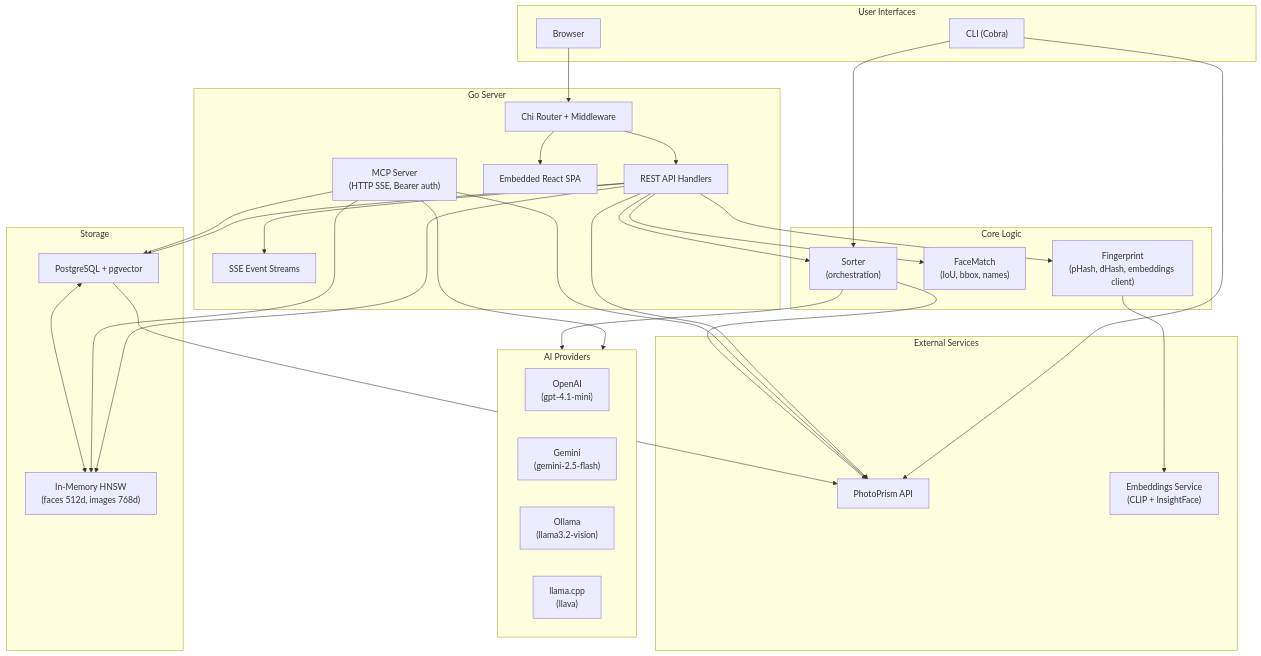
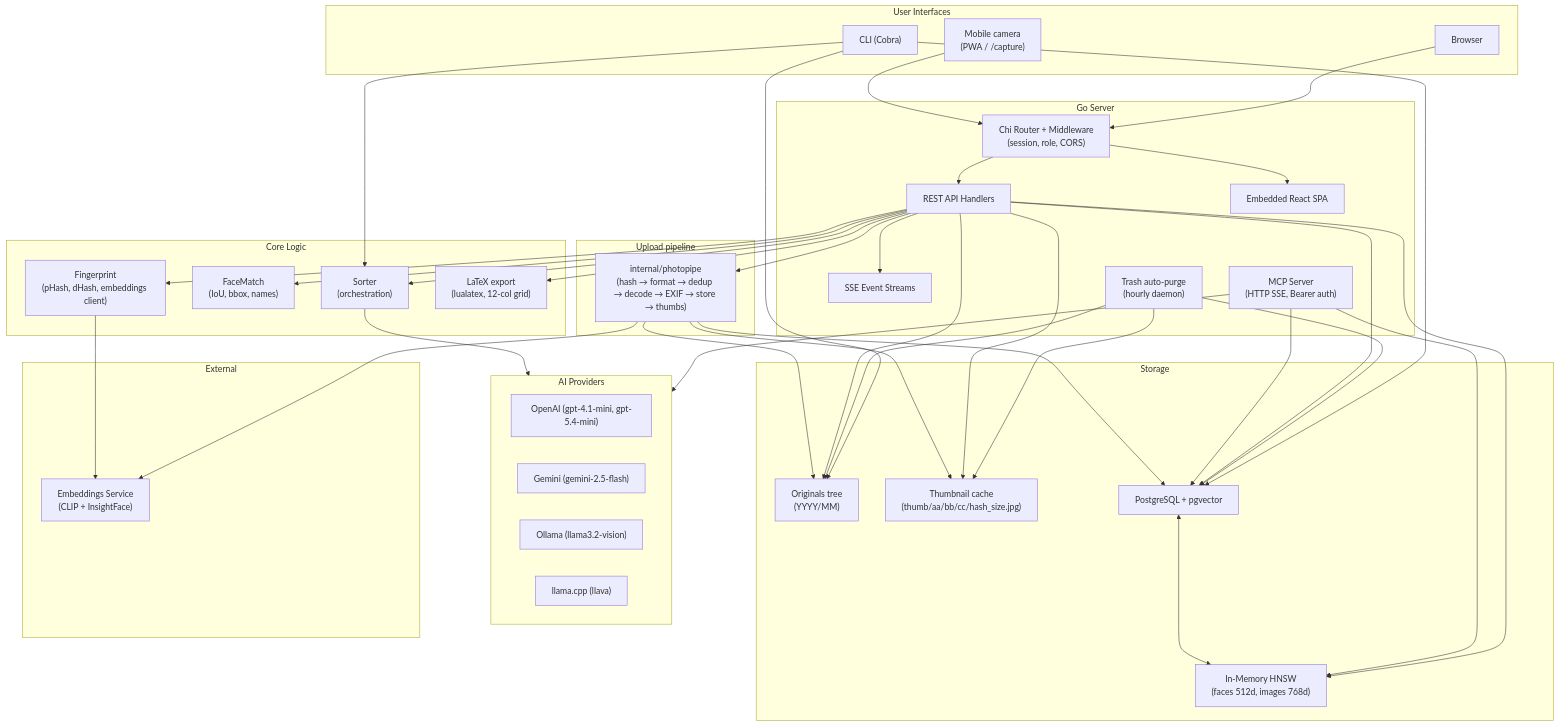
The diagram in docs/architecture.md (kozaktomas/photo-sorter), drawn with Mermaid before and after one commit. The commit also changed other lines of this file and 10 other files, not shown here.

First line of the commit message:
docs: sweep PhotoPrism references for native photo management

````diff
--- a/docs/architecture.md
+++ b/docs/architecture.md
@@ -11,64 +11,82 @@
     subgraph User["User Interfaces"]
         CLI["CLI (Cobra)"]
         Browser["Browser"]
+        Mobile["Mobile camera<br/>(PWA / /capture)"]
     end
 
     subgraph Server["Go Server"]
-        Router["Chi Router + Middleware"]
+        Router["Chi Router + Middleware<br/>(session, role, CORS)"]
         Handlers["REST API Handlers"]
         SSE["SSE Event Streams"]
         SPA["Embedded React SPA"]
-        MCP["MCP Server\n(HTTP SSE, Bearer auth)"]
+        MCP["MCP Server<br/>(HTTP SSE, Bearer auth)"]
+        TrashD["Trash auto-purge<br/>(hourly daemon)"]
+    end
+
+    subgraph Pipeline["Upload pipeline"]
+        Pipe["internal/photopipe<br/>(hash → format → dedup → decode → EXIF → store → thumbs)"]
     end
 
     subgraph Core["Core Logic"]
-        Sorter["Sorter\n(orchestration)"]
-        FaceMatch["FaceMatch\n(IoU, bbox, names)"]
-        Fingerprint["Fingerprint\n(pHash, dHash, embeddings client)"]
+        Sorter["Sorter<br/>(orchestration)"]
+        FaceMatch["FaceMatch<br/>(IoU, bbox, names)"]
+        Fingerprint["Fingerprint<br/>(pHash, dHash, embeddings client)"]
+        Latex["LaTeX export<br/>(lualatex, 12-col grid)"]
     end
 
     subgraph AI["AI Providers"]
-        OpenAI["OpenAI\n(gpt-4.1-mini)"]
-        Gemini["Gemini\n(gemini-2.5-flash)"]
-        Ollama["Ollama\n(llama3.2-vision)"]
-        LlamaCpp["llama.cpp\n(llava)"]
+        OpenAI["OpenAI (gpt-4.1-mini, gpt-5.4-mini)"]
+        Gemini["Gemini (gemini-2.5-flash)"]
+        Ollama["Ollama (llama3.2-vision)"]
+        LlamaCpp["llama.cpp (llava)"]
     end
 
     subgraph Storage["Storage"]
+        Disk["Originals tree<br/>(YYYY/MM)"]
+        Cache["Thumbnail cache<br/>(thumb/aa/bb/cc/hash_size.jpg)"]
         PG["PostgreSQL + pgvector"]
-        HNSW["In-Memory HNSW\n(faces 512d, images 768d)"]
+        HNSW["In-Memory HNSW<br/>(faces 512d, images 768d)"]
     end
 
-    subgraph External["External Services"]
-        PhotoPrism["PhotoPrism API"]
-        EmbSvc["Embeddings Service\n(CLIP + InsightFace)"]
+    subgraph External["External"]
+        EmbSvc["Embeddings Service<br/>(CLIP + InsightFace)"]
     end
 
     CLI --> Sorter
-    CLI --> PhotoPrism
+    CLI --> PG
+    CLI --> Disk
 
     Browser --> Router
+    Mobile --> Router
     Router --> SPA
     Router --> Handlers
     Handlers --> SSE
+    TrashD --> PG
+    TrashD --> Disk
+    TrashD --> Cache
 
     Handlers --> Sorter
     Handlers --> FaceMatch
     Handlers --> Fingerprint
-    Handlers --> PhotoPrism
+    Handlers --> Pipe
     Handlers --> PG
     Handlers --> HNSW
+    Handlers --> Disk
+    Handlers --> Cache
+    Handlers --> Latex
 
     MCP --> PG
     MCP --> HNSW
-    MCP --> PhotoPrism
     MCP --> AI
 
     Sorter --> AI
-    Sorter --> PhotoPrism
+
+    Pipe --> Disk
+    Pipe --> Cache
+    Pipe --> PG
+    Pipe --> EmbSvc
 
     Fingerprint --> EmbSvc
 
     PG <--> HNSW
-    PG --> PhotoPrism
 ```
````
